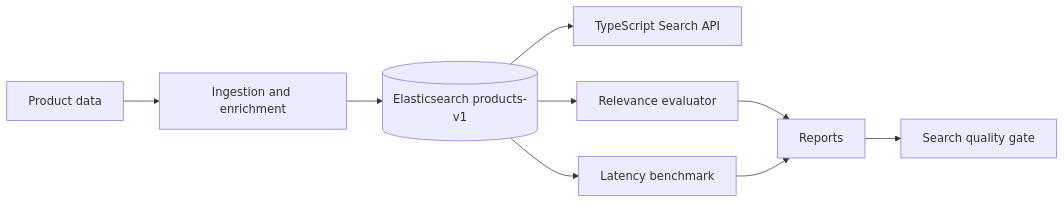
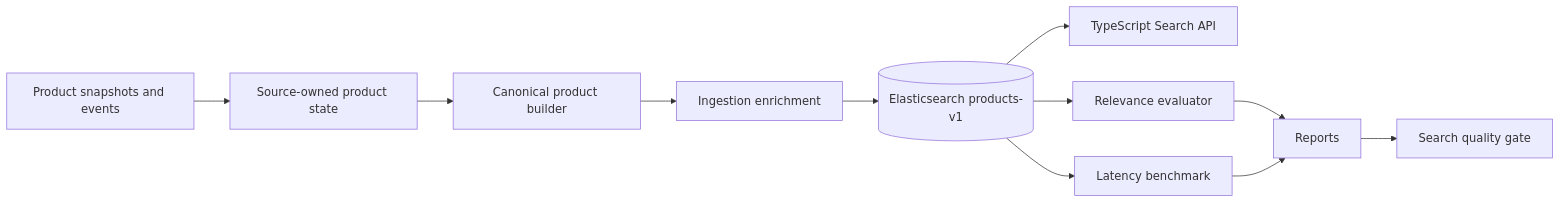
The diagram in README.md (esterkane/elastic-product-search-lab), drawn with Mermaid before and after one commit. The commit also changed other lines of this file and 7 other files, not shown here.

Commit message:
Add canonical product document builder

````diff
--- a/README.md
+++ b/README.md
@@ -22,11 +24,13 @@
 ```mermaid
 flowchart LR
-    A[Product data] --> B[Ingestion and enrichment]
-    B --> C[(Elasticsearch products-v1)]
-    C --> D[TypeScript Search API]
-    C --> E[Relevance evaluator]
-    C --> F[Latency benchmark]
-    E --> G[Reports]
-    F --> G
-    G --> H[Search quality gate]
+    A[Product snapshots and events] --> B[Source-owned product state]
+    B --> C[Canonical product builder]
+    C --> D[Ingestion enrichment]
+    D --> E[(Elasticsearch products-v1)]
+    E --> F[TypeScript Search API]
+    E --> G[Relevance evaluator]
+    E --> H[Latency benchmark]
+    G --> I[Reports]
+    H --> I
+    I --> J[Search quality gate]
 ```
````
